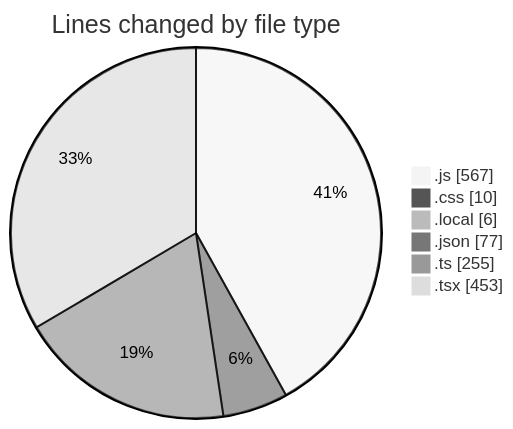
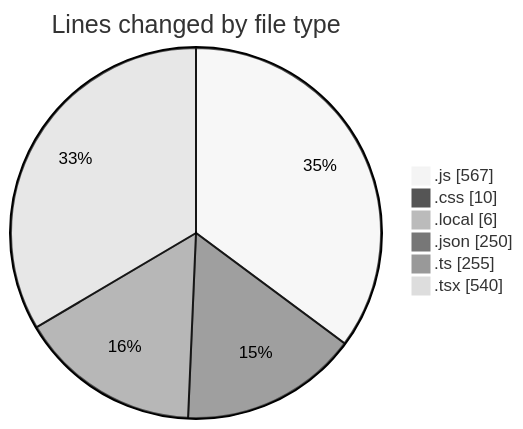
The first of 2 diagrams in 2025-05-04/houserentalservice/README.md (Ritupan-Deka/code-tracking), drawn with Mermaid (neutral theme) before and after one commit. The commit also changed other lines of this file and 1 other file, not shown here.

````diff
--- a/2025-05-04/houserentalservice/README.md
+++ b/2025-05-04/houserentalservice/README.md
@@ -54,10 +58,10 @@
 ```mermaid
 pie showData
 title Lines changed by file type
 ".js" : 567
 ".css" : 10
 ".local" : 6
-".json" : 77
+".json" : 250
 ".ts" : 255
-".tsx" : 453
+".tsx" : 540
 ```
````
